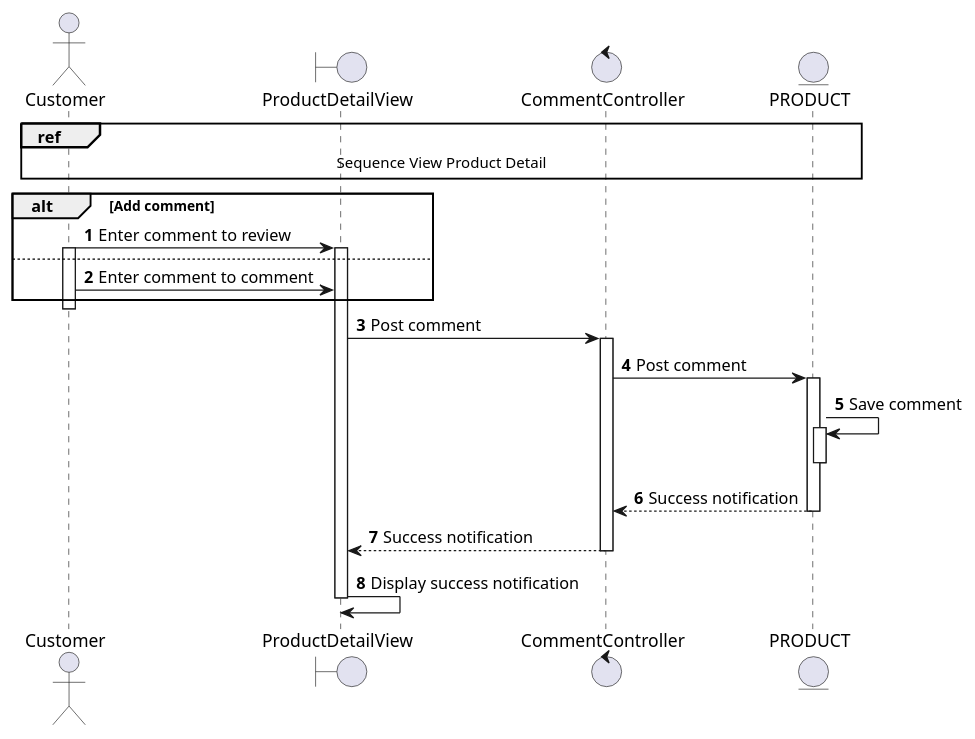
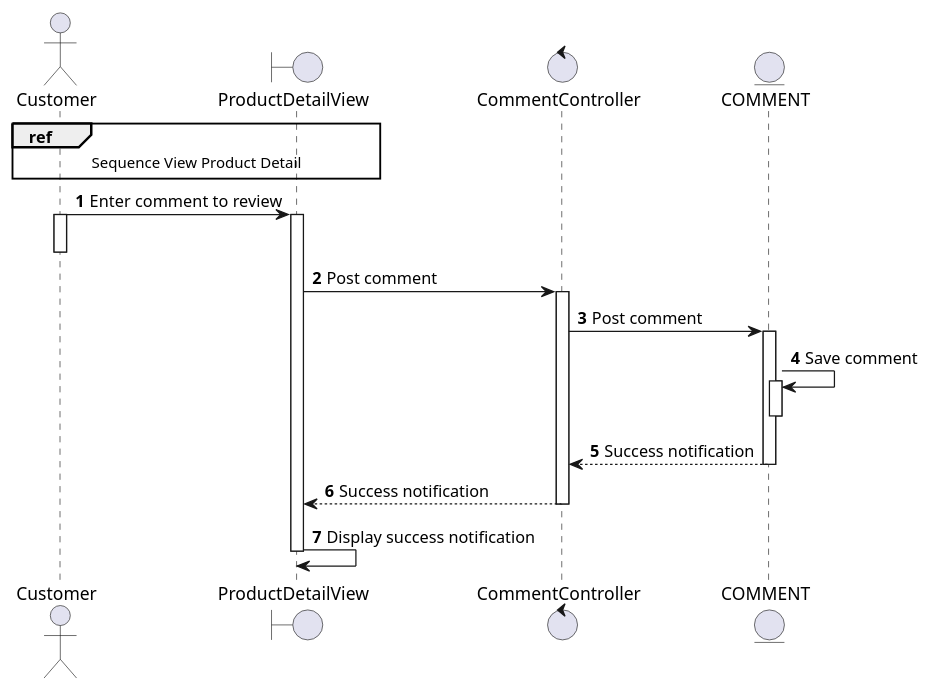
One commit to electricilies/electricilies.github.io changed the diagram in docs/docs/sequence/view-product/add-comment-to-review.md. Above: the diagram before and after it, drawn with PlantUML. The commit also changed 1 other file, not shown here.

Commit message:
feat(sequence): add view-product-reviews-comments

````diff
--- a/docs/docs/sequence/view-product/add-comment-to-review.md
+++ b/docs/docs/sequence/view-product/add-comment-to-review.md
@@ -3,34 +3,30 @@
 ```plantuml
 @startuml
 autonumber
 
 actor Customer as C
 boundary ProductDetailView as PDV
 control CommentController as CC
-entity PRODUCT as P
+entity COMMENT as Co
 
-ref over C, P: Sequence View Product Detail
-alt Add comment
-  C -> PDV: Enter comment to review
-  activate C
-  activate PDV
-else
-  C -> PDV: Enter comment to comment
-end
+ref over C, PDV: Sequence View Product Detail
+C -> PDV: Enter comment to review
+activate C
+activate PDV
 deactivate C
 PDV -> CC: Post comment
 activate CC
-CC -> P: Post comment
-activate P
-P -> P: Save comment
-activate P
-deactivate P
-CC <-- P: Success notification
-deactivate P
+CC -> Co: Post comment
+activate Co
+Co -> Co: Save comment
+activate Co
+deactivate Co
+CC <-- Co: Success notification
+deactivate Co
 PDV <-- CC: Success notification
 deactivate CC
 PDV -> PDV: Display success notification
 deactivate PDV
 
 @enduml
 ```
````
